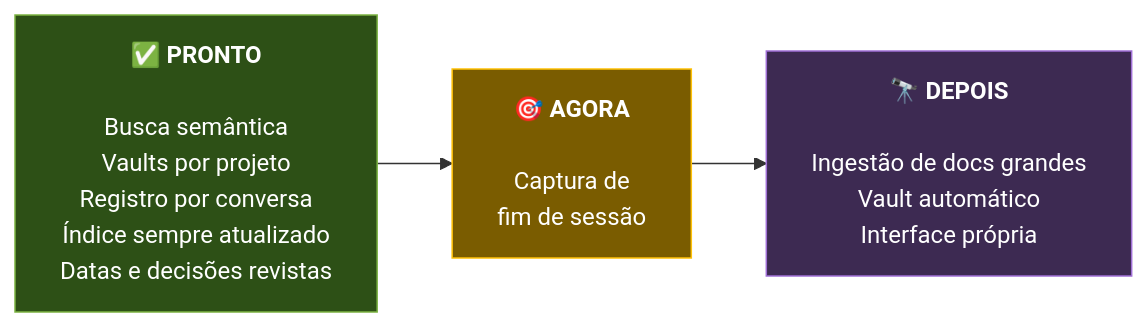
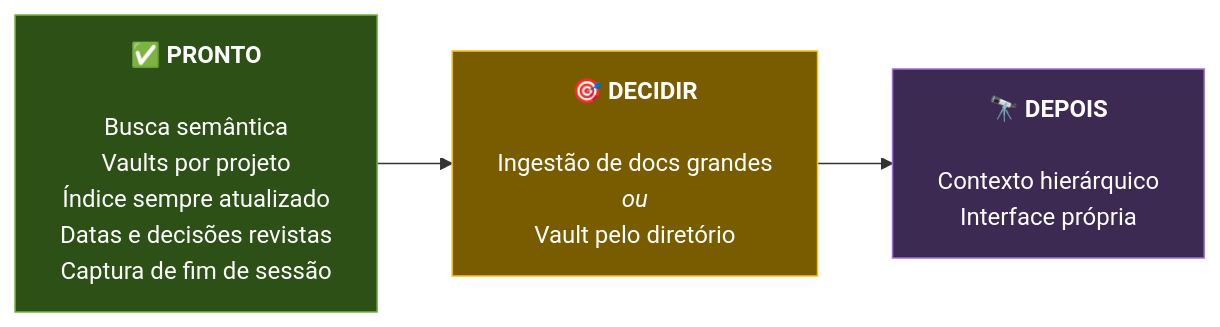
Before and after one commit to HeitorM50/dev-second-brain: the first of 2 diagrams in docs/arquitetura.md, drawn with Mermaid. The commit also changed other lines of this file and 5 other files, not shown here.

````diff
--- a/docs/arquitetura.md
+++ b/docs/arquitetura.md
@@ -23,15 +24,15 @@
 ```mermaid
 flowchart LR
-    FEITO["✅ <b>PRONTO</b><br/><br/>Busca semântica<br/>Vaults por projeto<br/>Registro por conversa<br/>Índice sempre atualizado<br/>Datas e decisões revistas"]
-    AGORA["🎯 <b>AGORA</b><br/><br/>Captura de<br/>fim de sessão"]
-    DEPOIS["🔭 <b>DEPOIS</b><br/><br/>Ingestão de docs grandes<br/>Vault automático<br/>Interface própria"]
+    FEITO["✅ <b>PRONTO</b><br/><br/>Busca semântica<br/>Vaults por projeto<br/>Índice sempre atualizado<br/>Datas e decisões revistas<br/>Captura de fim de sessão"]
+    AGORA["🎯 <b>DECIDIR</b><br/><br/>Ingestão de docs grandes<br/><i>ou</i><br/>Vault pelo diretório"]
+    DEPOIS["🔭 <b>DEPOIS</b><br/><br/>Contexto hierárquico<br/>Interface própria"]
 
     FEITO --> AGORA --> DEPOIS
 
     classDef feito fill:#2d5016,stroke:#7cb342,color:#fff
     classDef agora fill:#7a5c00,stroke:#ffc107,color:#fff
     classDef depois fill:#3d2a52,stroke:#a06fd6,color:#fff
     class FEITO feito
     class AGORA agora
     class DEPOIS depois
 ```
````
